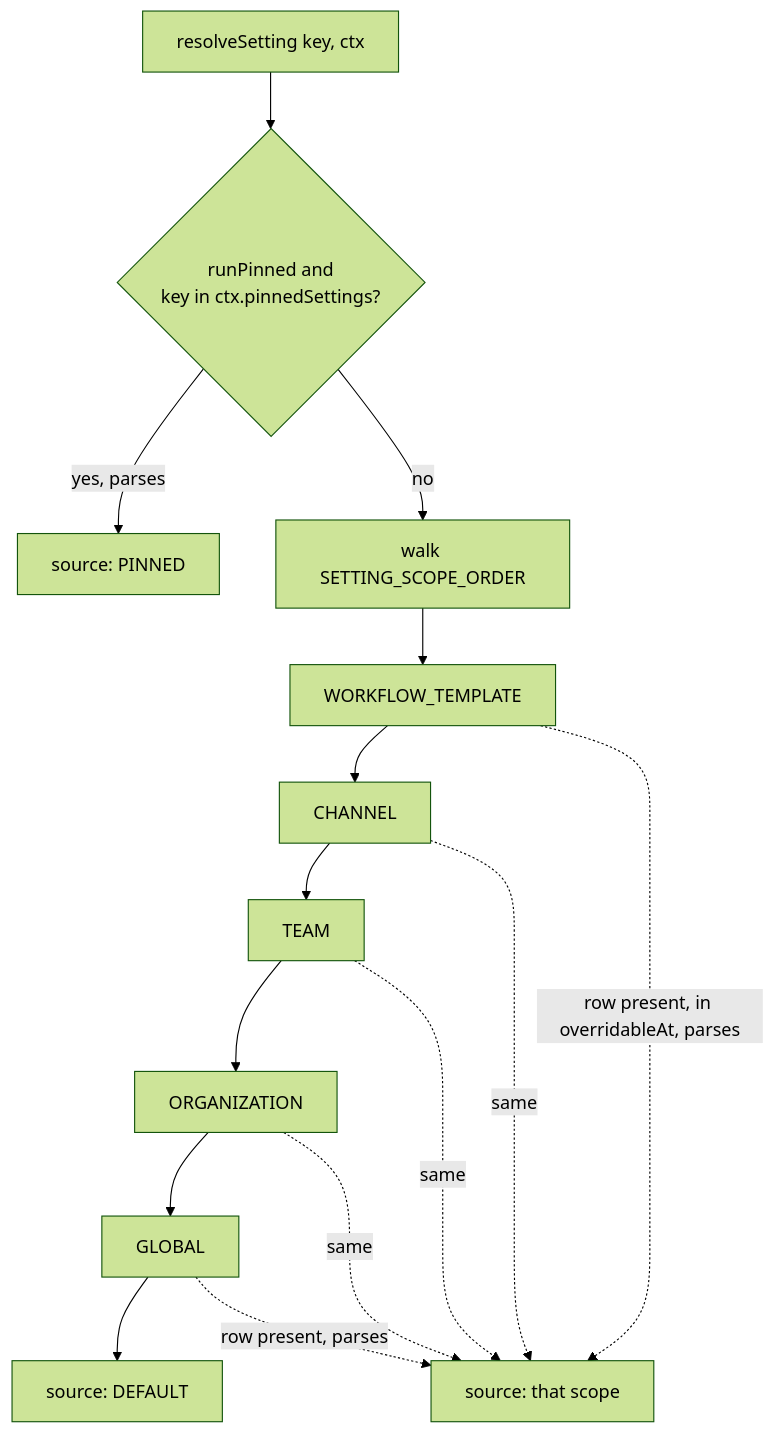
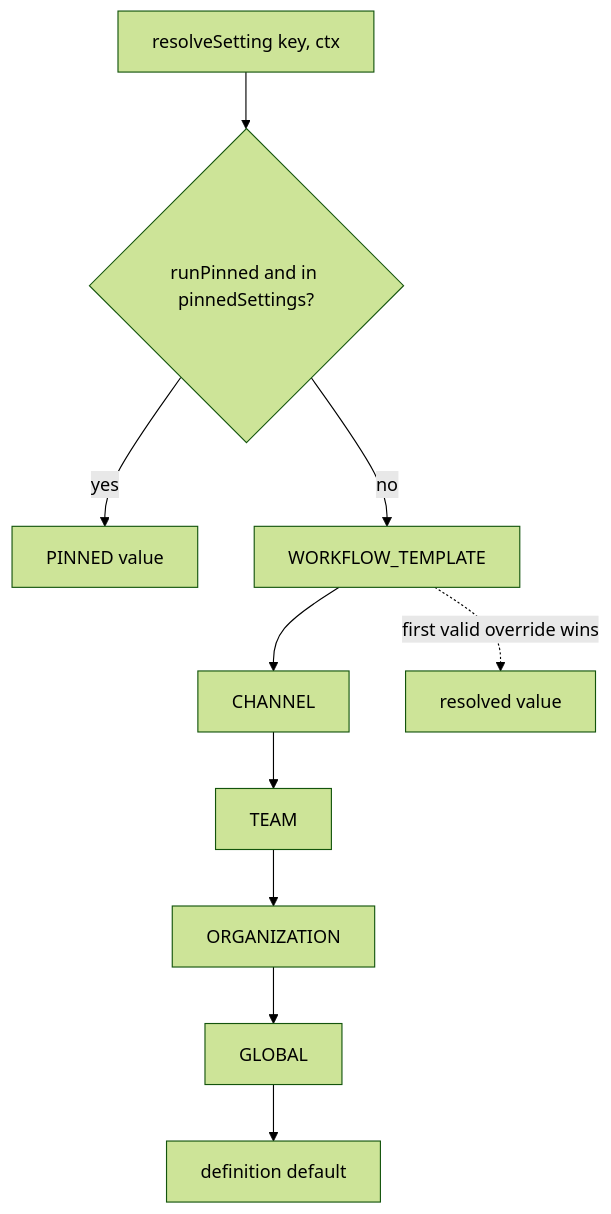
Before and after one commit to yorch/auto-swe: the diagram in wiki/2.3-configuration-and-settings.md, drawn with Mermaid (forest theme). The commit also changed other lines of this file and 30 other files, not shown here.

````diff
--- a/wiki/2.3-configuration-and-settings.md
+++ b/wiki/2.3-configuration-and-settings.md
@@ -82,17 +63,12 @@
 ```mermaid
 flowchart TD
-    Start[resolveSetting key, ctx] --> Pinned{runPinned and<br/>key in ctx.pinnedSettings?}
-    Pinned -- yes, parses --> PinnedOut[source: PINNED]
-    Pinned -- no --> Cascade[walk SETTING_SCOPE_ORDER]
-    Cascade --> WT[WORKFLOW_TEMPLATE]
-    WT --> CH[CHANNEL]
-    CH --> TEAM[TEAM]
-    TEAM --> ORG[ORGANIZATION]
-    ORG --> GLOBAL[GLOBAL]
-    GLOBAL --> Default[source: DEFAULT]
-    WT -. row present, in overridableAt, parses .-> ScopeOut[source: that scope]
-    CH -. same .-> ScopeOut
-    TEAM -. same .-> ScopeOut
-    ORG -. same .-> ScopeOut
-    GLOBAL -. row present, parses .-> ScopeOut
+  A[resolveSetting key, ctx] --> B{runPinned and in pinnedSettings?}
+  B -- yes --> P[PINNED value]
+  B -- no --> C[WORKFLOW_TEMPLATE]
+  C --> D[CHANNEL]
+  D --> E[TEAM]
+  E --> F[ORGANIZATION]
+  F --> G[GLOBAL]
+  G --> H[definition default]
+  C -. first valid override wins .-> R[resolved value]
 ```
````
